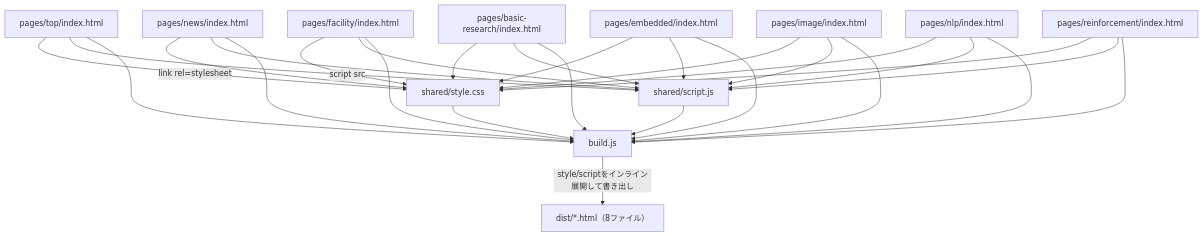
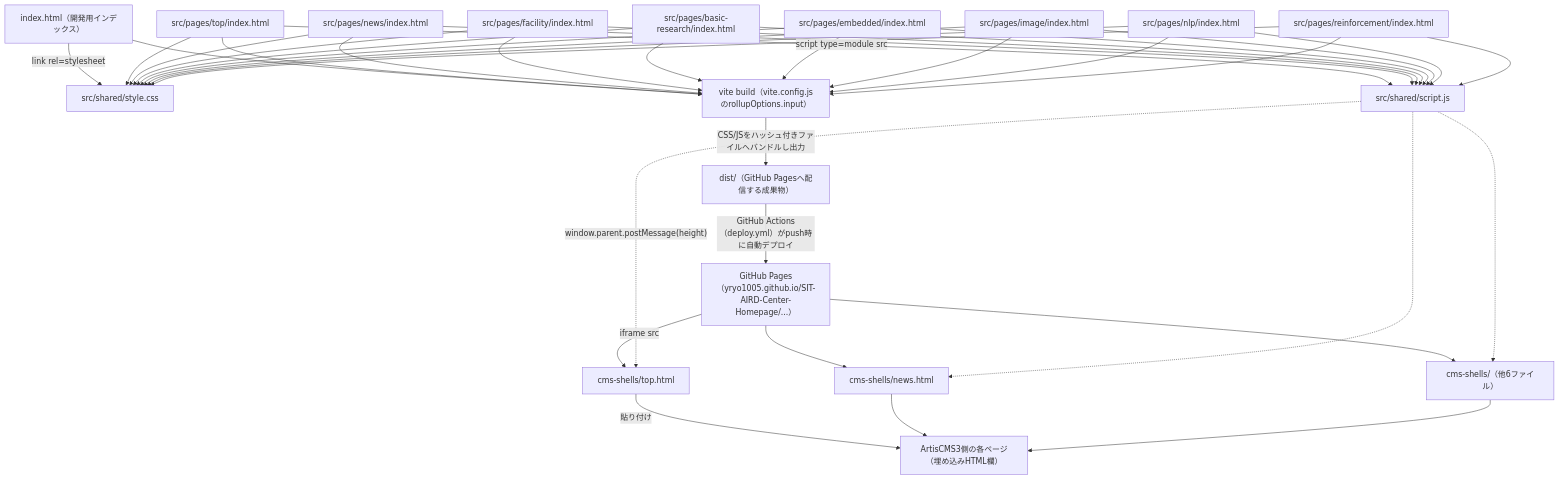
One commit to yryo1005/SIT-AIRD-Center-Homepage changed the first of 2 diagrams in document.md. Above: the diagram before and after it, drawn with Mermaid. The commit also changed other lines of this file and 45 other files, not shown here.

First line of the commit message:
Vite + GitHub Pages + iframe埋め込み方式へ移行し、文字化けを修正

````diff
--- a/document.md
+++ b/document.md
@@ -21,25 +25,37 @@
 ```mermaid
 flowchart TD
-    A["pages/top/index.html"] -->|"link rel=stylesheet"| S["shared/style.css"]
-    A -->|"script src"| J["shared/script.js"]
-    B["pages/news/index.html"] --> S
+    IDX["index.html（開発用インデックス）"] -->|"link rel=stylesheet"| S["src/shared/style.css"]
+    A["src/pages/top/index.html"] --> S
+    A -->|"script type=module src"| J["src/shared/script.js"]
+    B["src/pages/news/index.html"] --> S
     B --> J
-    C["pages/facility/index.html"] --> S
+    C["src/pages/facility/index.html"] --> S
     C --> J
-    D["pages/basic-research/index.html"] --> S
+    D["src/pages/basic-research/index.html"] --> S
     D --> J
-    E["pages/embedded/index.html"] --> S
+    E["src/pages/embedded/index.html"] --> S
     E --> J
-    F["pages/image/index.html"] --> S
+    F["src/pages/image/index.html"] --> S
     F --> J
-    G["pages/nlp/index.html"] --> S
+    G["src/pages/nlp/index.html"] --> S
     G --> J
-    H["pages/reinforcement/index.html"] --> S
+    H["src/pages/reinforcement/index.html"] --> S
     H --> J
 
-    A & B & C & D & E & F & G & H --> BUILD["build.js"]
-    S --> BUILD
-    J --> BUILD
+    IDX & A & B & C & D & E & F & G & H --> VITE["vite build（vite.config.jsのrollupOptions.input）"]
+    VITE -->|"CSS/JSをハッシュ付きファイルへバンドルし出力"| DIST["dist/（GitHub Pagesへ配信する成果物）"]
 
-    BUILD -->|"style/scriptをインライン展開して書き出し"| OUT["dist/*.html（8ファイル）"]
+    DIST -->|"GitHub Actions（deploy.yml）がpush時に自動デプロイ"| PAGES["GitHub Pages（yryo1005.github.io/SIT-AIRD-Center-Homepage/...）"]
+
+    PAGES -->|"iframe src"| SHELL_TOP["cms-shells/top.html"]
+    PAGES --> SHELL_NEWS["cms-shells/news.html"]
+    PAGES --> SHELL_ETC["cms-shells/（他6ファイル）"]
+
+    SHELL_TOP -->|"貼り付け"| CMS["ArtisCMS3側の各ページ（埋め込みHTML欄）"]
+    SHELL_NEWS --> CMS
+    SHELL_ETC --> CMS
+
+    J -.->|"window.parent.postMessage(height)"| SHELL_TOP
+    J -.-> SHELL_NEWS
+    J -.-> SHELL_ETC
 ```
````
